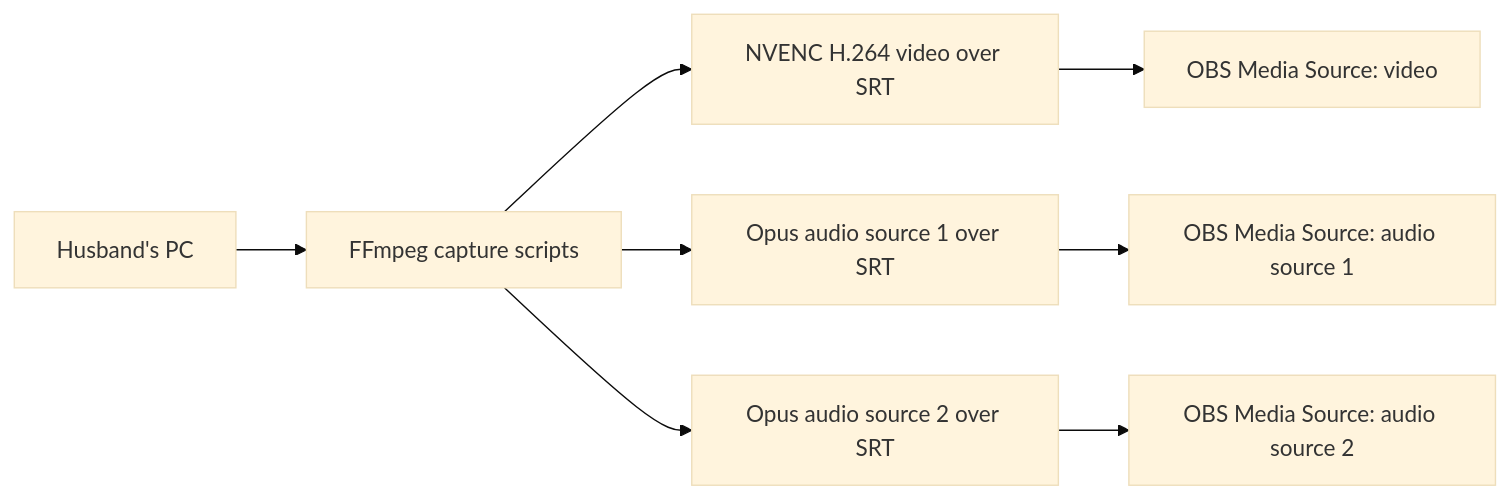
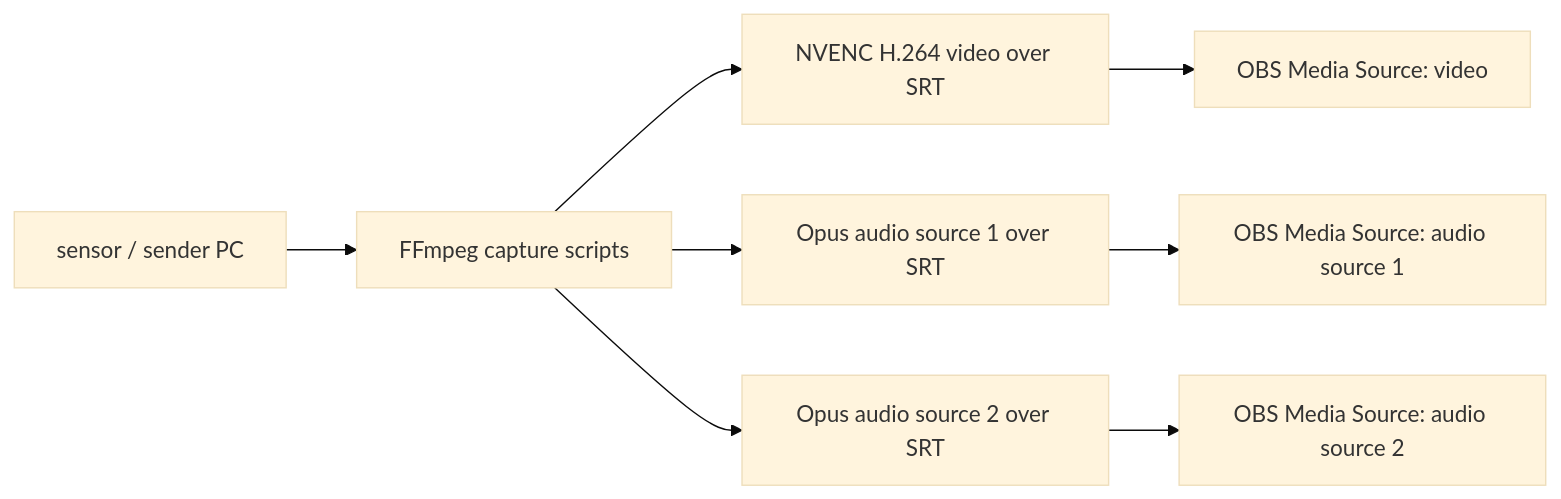
Before and after one commit to GameCult/Mimir: the diagram in README.md, drawn with Mermaid (base theme). The commit also changed other lines of this file and 61 other files, not shown here.

````diff
--- a/README.md
+++ b/README.md
@@ -11,10 +39,10 @@
 ```mermaid
 flowchart LR
-    A["Husband's PC"] --> B["FFmpeg capture scripts"]
+    A["sensor / sender PC"] --> B["FFmpeg capture scripts"]
     B --> C["NVENC H.264 video over SRT"]
     B --> D["Opus audio source 1 over SRT"]
     B --> E["Opus audio source 2 over SRT"]
     C --> F["OBS Media Source: video"]
     D --> G["OBS Media Source: audio source 1"]
     E --> H["OBS Media Source: audio source 2"]
 ```
````
